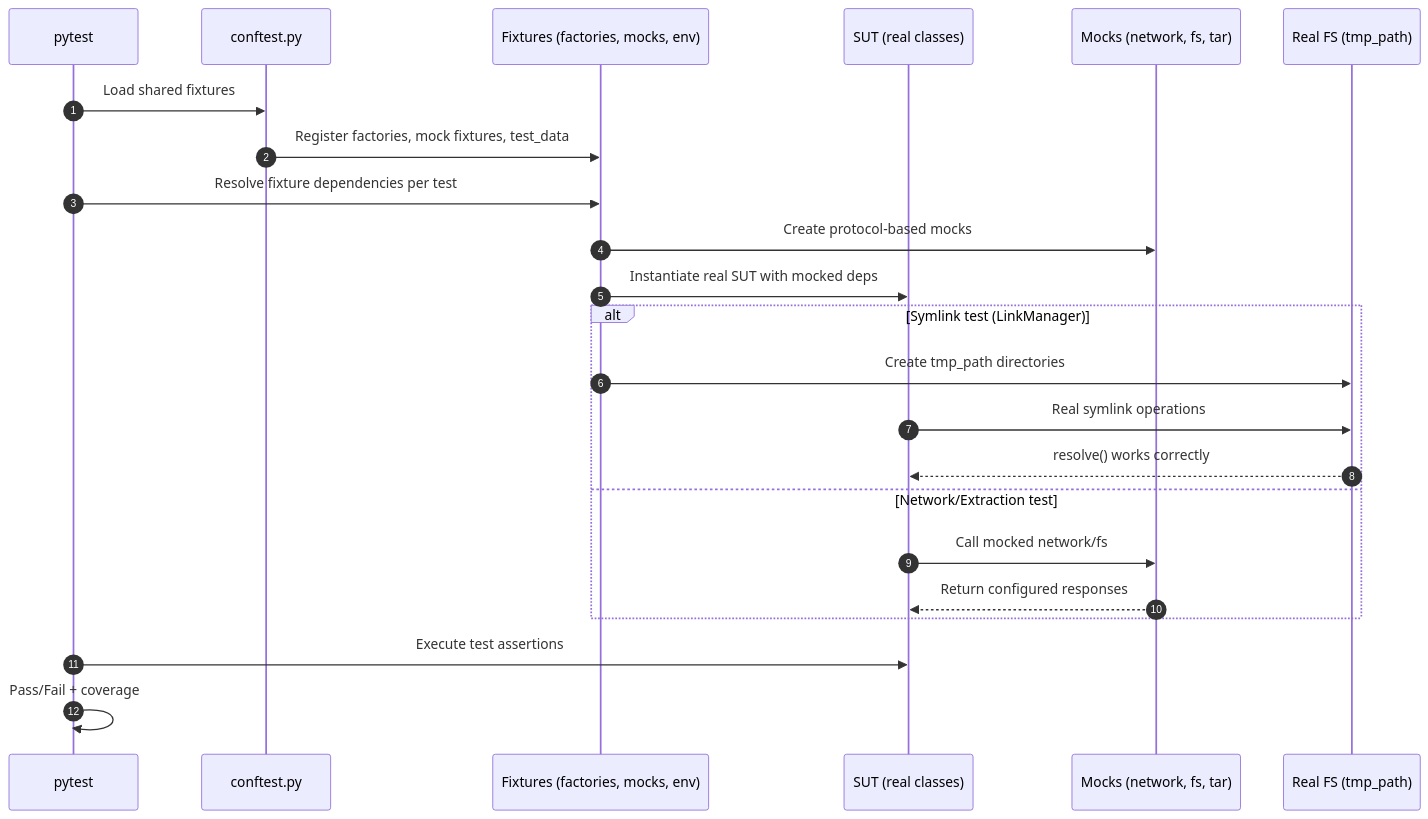
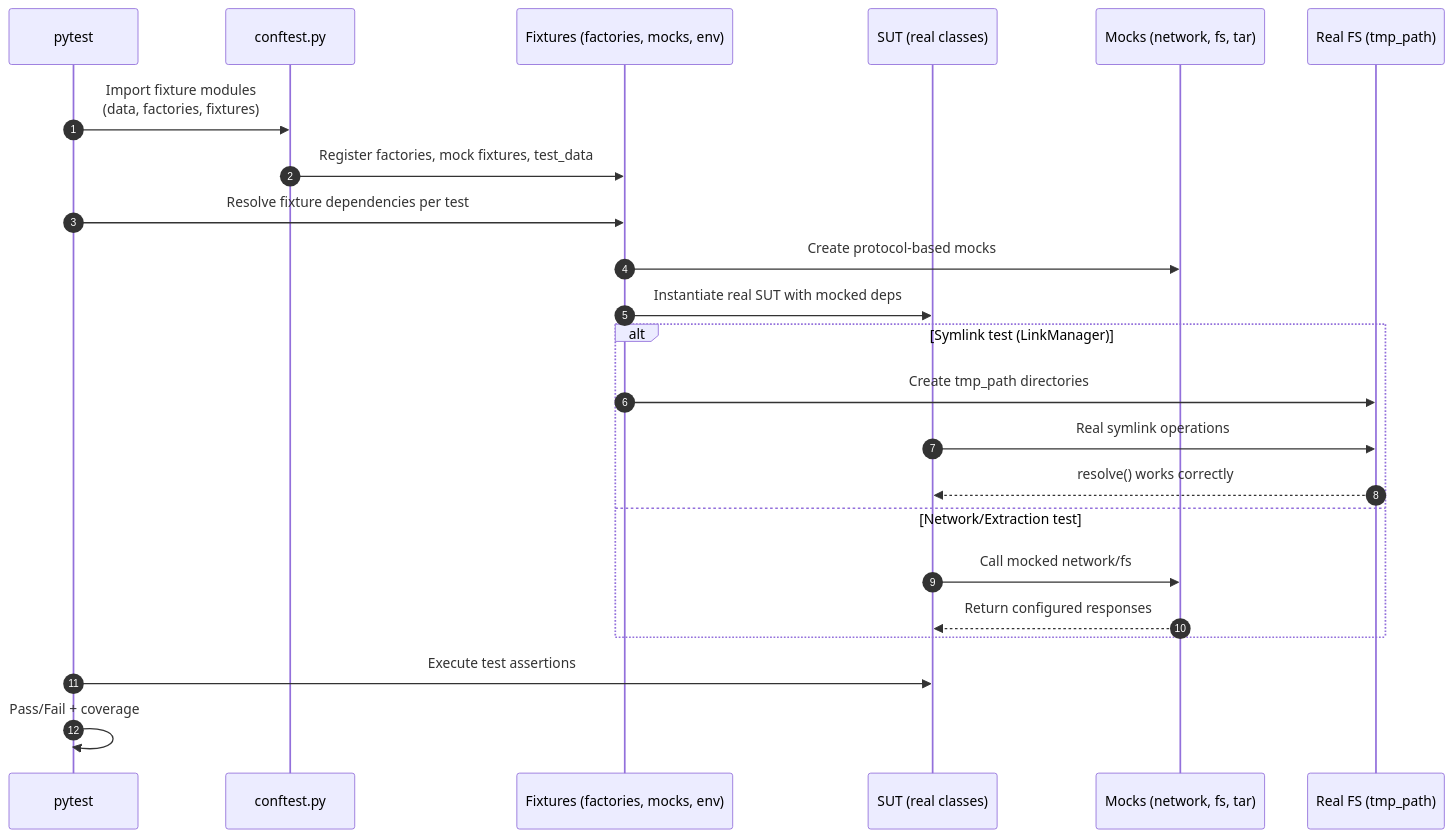
Before and after one commit to WombatFromHell/protonge-fetcher: the tenth of 16 diagrams in tests/TEST_DESIGN.md, drawn with Mermaid. The commit also changed other lines of this file and 44 other files, not shown here.

````diff
--- a/tests/TEST_DESIGN.md
+++ b/tests/TEST_DESIGN.md
@@ -453,28 +450,28 @@
 ```mermaid
 sequenceDiagram
     autonumber
     participant PY as pytest
     participant CF as conftest.py
     participant FIX as Fixtures (factories, mocks, env)
     participant SUT as SUT (real classes)
     participant MOCK as Mocks (network, fs, tar)
     participant FS as Real FS (tmp_path)
 
-    PY->>CF: Load shared fixtures
+    PY->>CF: Import fixture modules<br/>(data, factories, fixtures)
     CF->>FIX: Register factories, mock fixtures, test_data
     PY->>FIX: Resolve fixture dependencies per test
     FIX->>MOCK: Create protocol-based mocks
     FIX->>SUT: Instantiate real SUT with mocked deps
 
     alt Symlink test (LinkManager)
         FIX->>FS: Create tmp_path directories
         SUT->>FS: Real symlink operations
         FS-->>SUT: resolve() works correctly
     else Network/Extraction test
         SUT->>MOCK: Call mocked network/fs
         MOCK-->>SUT: Return configured responses
     end
 
     PY->>SUT: Execute test assertions
     PY->>PY: Pass/Fail + coverage
 ```
````
